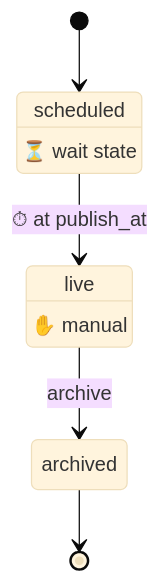
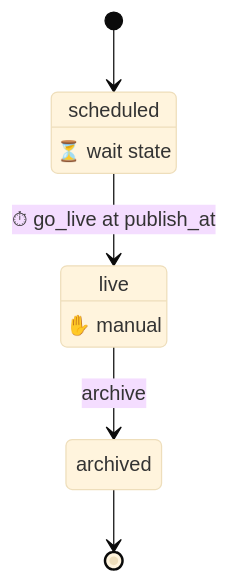
Before and after one commit to team-alembic/ash_workflow: the fourth of 4 diagrams in documentation/topics/diagrams.md, drawn with Mermaid (base theme). The commit also changed other lines of this file and 3 other files, not shown here.

First line of the commit message:
feat: name the timeout on Mermaid timeout edges

````diff
--- a/documentation/topics/diagrams.md
+++ b/documentation/topics/diagrams.md
@@ -281,12 +281,12 @@
 ```mermaid
 stateDiagram-v2
     state "scheduled" as step_scheduled
     step_scheduled : ⏳ wait state
     state "live" as step_live
     step_live : ✋ manual
     state "archived" as step_archived
     [*] --> step_scheduled
-    step_scheduled --> step_live: ⏱ at publish_at
+    step_scheduled --> step_live: ⏱ go_live at publish_at
     step_live --> step_archived: archive
     step_archived --> [*]
 ```
````
